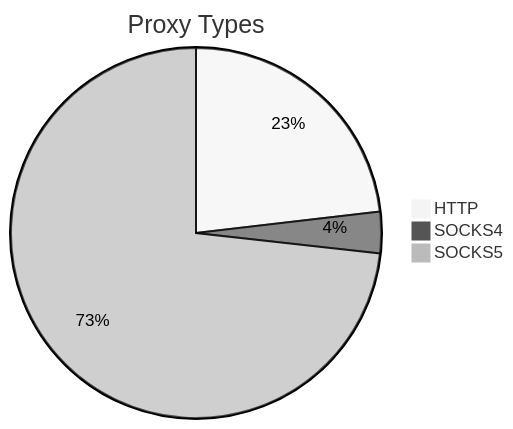
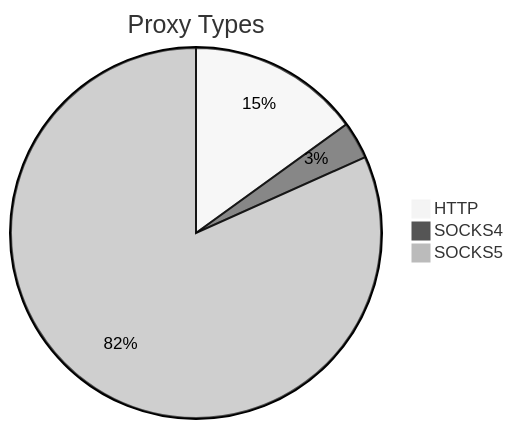
The first of 2 diagrams in README.md (stormsia/proxy-list), drawn with Mermaid (neutral theme) before and after one commit. The commit also changed other lines of this file, not shown here.

````diff
--- a/README.md
+++ b/README.md
@@ -21,6 +21,6 @@
 ```mermaid
 pie title Proxy Types
-    "HTTP" : 135
-    "SOCKS4" : 21
-    "SOCKS5" : 427
+    "HTTP" : 157
+    "SOCKS4" : 34
+    "SOCKS5" : 853
 ```
````
